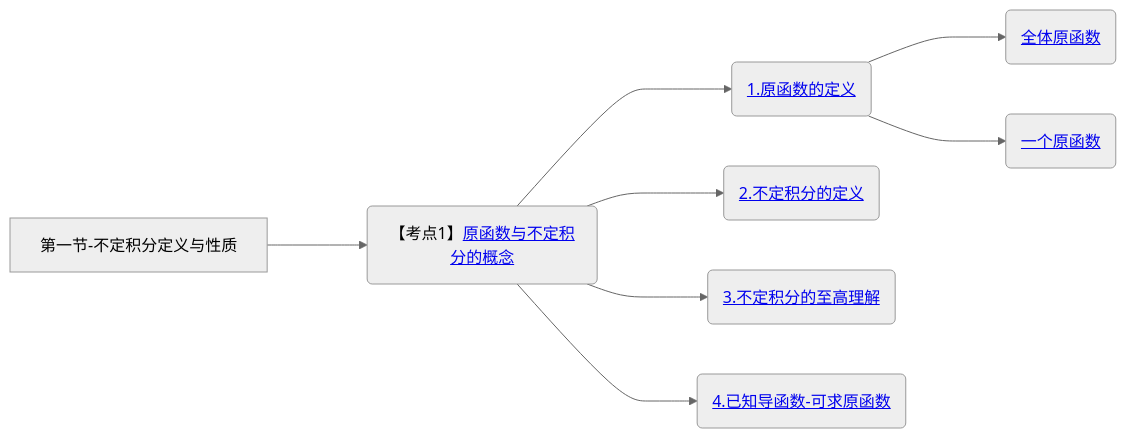
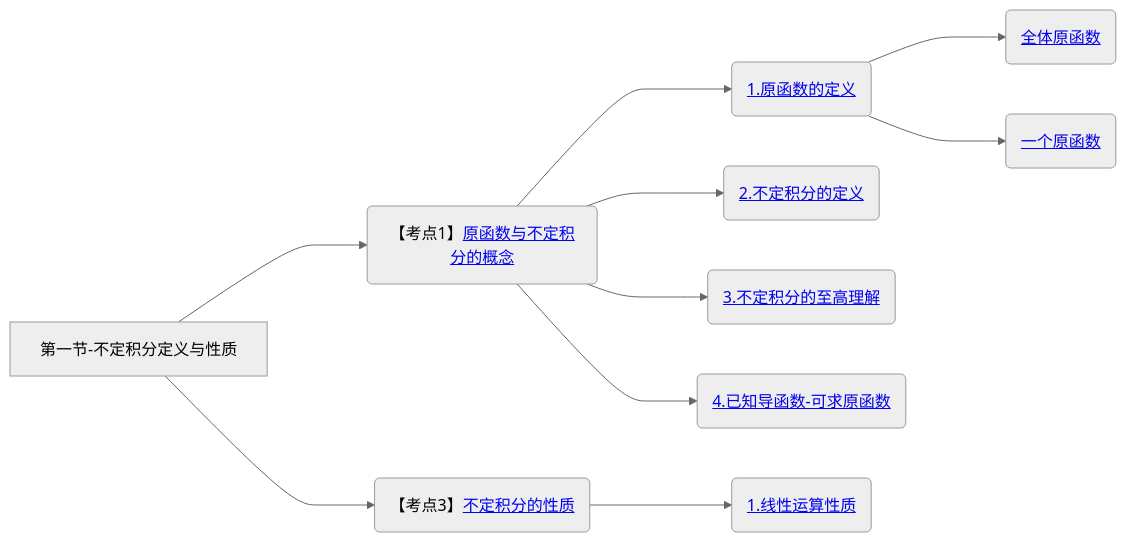
Before and after one commit to yuebinghui/note: diagram 17 of 17 in 笔记/数学/周洋鑫/01.基础班思维导图.md, drawn with Mermaid (neutral theme). The commit also changed 2 other files, not shown here.

Commit message:
Sun Dec  8 20:00:01 CST 2024

````diff
--- a/笔记/数学/周洋鑫/01.基础班思维导图.md
+++ b/笔记/数学/周洋鑫/01.基础班思维导图.md
@@ -597,13 +597,16 @@
 ```mermaid
 graph LR
 第一节-不定积分定义与性质
 
 第一节-不定积分定义与性质--->原函数与不定积分的概念(【考点1】<a href="/Users/yuebinghui/Documents/program/github/note/笔记/数学/周洋鑫/基础班/18.不定积分_1.md#原函数与不定积分的概念">原函数与不定积分的概念</>)
 原函数与不定积分的概念--->1.原函数的定义(<a href="/Users/yuebinghui/Documents/program/github/note/笔记/数学/周洋鑫/基础班/18.不定积分_1.md#1.原函数的定义">1.原函数的定义</>)
 1.原函数的定义--->全体原函数(<a href="/Users/yuebinghui/Documents/program/github/note/笔记/数学/周洋鑫/基础班/18.不定积分_1.md#全体原函数">全体原函数</>)
 1.原函数的定义--->一个原函数(<a href="/Users/yuebinghui/Documents/program/github/note/笔记/数学/周洋鑫/基础班/18.不定积分_1.md#一个原函数">一个原函数</>)
 原函数与不定积分的概念--->2.不定积分的定义(<a href="/Users/yuebinghui/Documents/program/github/note/笔记/数学/周洋鑫/基础班/18.不定积分_1.md#2.不定积分的定义">2.不定积分的定义</>)
 原函数与不定积分的概念--->3.不定积分的至高理解(<a href="/Users/yuebinghui/Documents/program/github/note/笔记/数学/周洋鑫/基础班/18.不定积分_1.md#3.不定积分的至高理解">3.不定积分的至高理解</>)
 原函数与不定积分的概念--->4.已知导函数-可求原函数(<a href="/Users/yuebinghui/Documents/program/github/note/笔记/数学/周洋鑫/基础班/18.不定积分_1.md#4.已知导函数-可求原函数">4.已知导函数-可求原函数</>)
 
+第一节-不定积分定义与性质--->不定积分的性质(【考点3】<a href="/Users/yuebinghui/Documents/program/github/note/笔记/数学/周洋鑫/基础班/18.不定积分_1.md#不定积分的性质">不定积分的性质</>)
+不定积分的性质--->1.线性运算性质(<a href="/Users/yuebinghui/Documents/program/github/note/笔记/数学/周洋鑫/基础班/18.不定积分_1.md#1.线性运算性质">1.线性运算性质</>)
+
 ```
````
